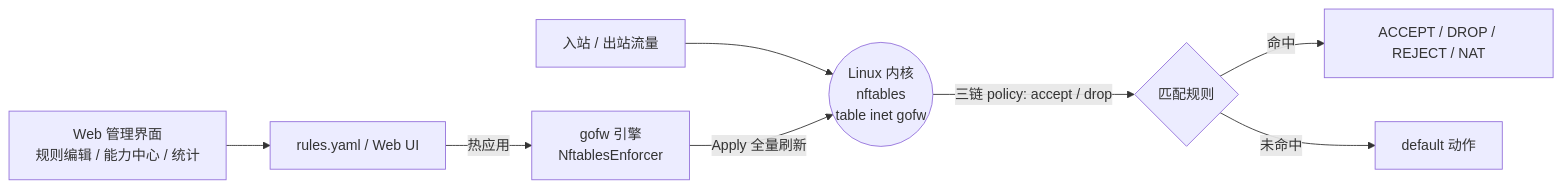
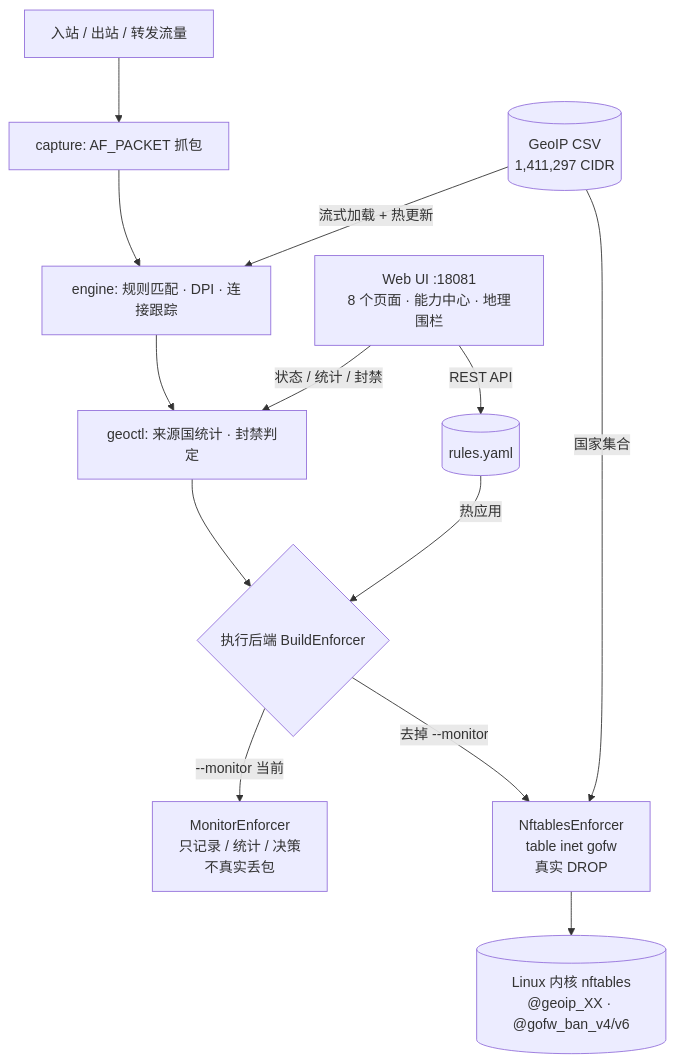
Before and after one commit to anye1991/gofw: the diagram in README.md, drawn with Mermaid. The commit also changed other lines of this file and 2 other files, not shown here.

First line of the commit message:
文档更新：能力挡位矩阵、真实 GeoIP 规模、地理围栏与线上现状

````diff
--- a/README.md
+++ b/README.md
@@ -71,10 +115,15 @@
 ```mermaid
-flowchart LR
-    A[入站 / 出站流量] --> B((Linux 内核<br/>nftables<br/>table inet gofw))
-    B -->|三链 policy: accept / drop| C{匹配规则}
-    C -->|命中| D[ACCEPT / DROP / REJECT / NAT]
-    C -->|未命中| E[default 动作]
-    F[gofw 引擎<br/>NftablesEnforcer] -->|Apply 全量刷新| B
-    G[rules.yaml / Web UI] -->|热应用| F
-    H[Web 管理界面<br/>规则编辑 / 能力中心 / 统计] --> G
+flowchart TB
+    P[入站 / 出站 / 转发流量] --> C[capture: AF_PACKET 抓包]
+    C --> E[engine: 规则匹配 · DPI · 连接跟踪]
+    E --> G[geoctl: 来源国统计 · 封禁判定]
+    G --> B{执行后端 BuildEnforcer}
+    B -->|--monitor 当前| M[MonitorEnforcer<br/>只记录 / 统计 / 决策<br/>不真实丢包]
+    B -->|去掉 --monitor| N[NftablesEnforcer<br/>table inet gofw<br/>真实 DROP]
+    N --> K[(Linux 内核 nftables<br/>@geoip_XX · @gofw_ban_v4/v6)]
+    D[(GeoIP CSV<br/>1,411,297 CIDR)] -->|流式加载 + 热更新| E
+    D -->|国家集合| N
+    W[Web UI :18081<br/>8 个页面 · 能力中心 · 地理围栏] -->|REST API| CF[(rules.yaml)]
+    CF -->|热应用| B
+    W -->|状态 / 统计 / 封禁| G
 ```
````
